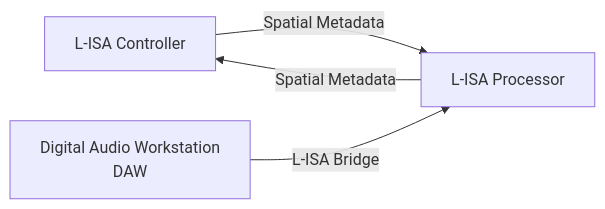
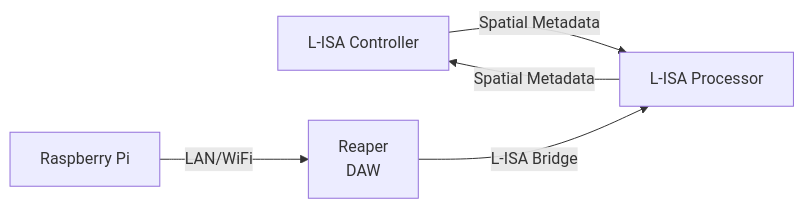
The diagram in L-ISA and reaper/Reaper.md (gio0oO/EGL314_Team-F_Project-Repository), drawn with Mermaid before and after one commit. The commit also changed other lines of this file and 4 other files, not shown here.

````diff
--- a/L-ISA and reaper/Reaper.md
+++ b/L-ISA and reaper/Reaper.md
@@ -13,6 +13,8 @@
 ```mermaid
 graph LR
 A[L-ISA Controller] --Spatial Metadata--> B[L-ISA Processor]
 B --Spatial Metadata--> A
 C[Digital Audio Workstation<br>DAW] --L-ISA Bridge--> B
+D[Raspberry Pi] --LAN/WiFi--> C[Reaper<br>DAW]
+
 ```
````
